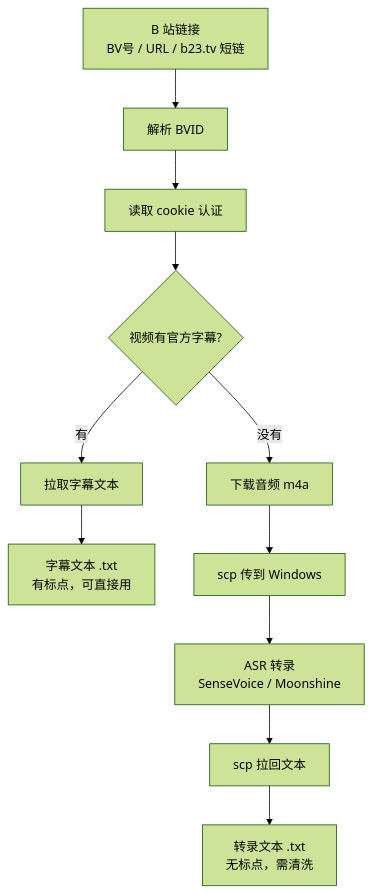
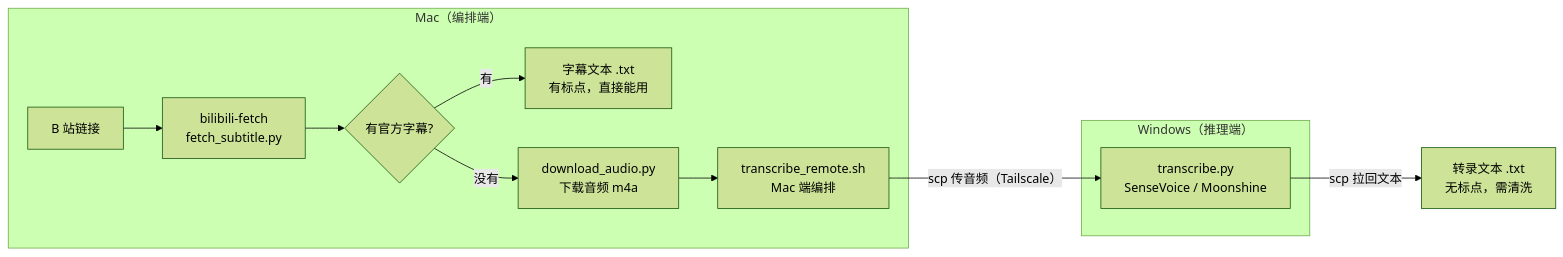
Before and after one commit to trtyr/Mizuki: the diagram in src/content/posts/bilibili-subtitle-workflow.md, drawn with Mermaid (forest theme). The commit also changed other lines of this file, not shown here.

````diff
--- a/src/content/posts/bilibili-subtitle-workflow.md
+++ b/src/content/posts/bilibili-subtitle-workflow.md
@@ -28,13 +32,15 @@
 ```mermaid
-flowchart TD
-    A["B 站链接<br/>BV号 / URL / b23.tv 短链"] --> B[解析 BVID]
-    B --> C[读取 cookie 认证]
-    C --> D{"视频有官方字幕?"}
-    D -->|有| E[拉取字幕文本]
-    E --> F["字幕文本 .txt<br/>有标点，可直接用"]
-    D -->|没有| G[下载音频 m4a]
-    G --> H[scp 传到 Windows]
-    H --> I["ASR 转录<br/>SenseVoice / Moonshine"]
-    I --> J[scp 拉回文本]
-    J --> K["转录文本 .txt<br/>无标点，需清洗"]
+flowchart LR
+    subgraph Mac["Mac（编排端）"]
+        A["B 站链接"] --> B["bilibili-fetch<br/>fetch_subtitle.py"]
+        B --> C{"有官方字幕?"}
+        C -->|有| D["字幕文本 .txt<br/>有标点，直接能用"]
+        C -->|没有| E["download_audio.py<br/>下载音频 m4a"]
+        E --> F["transcribe_remote.sh<br/>Mac 端编排"]
+    end
+    subgraph Win["Windows（推理端）"]
+        G["transcribe.py<br/>SenseVoice / Moonshine"]
+    end
+    F -->|"scp 传音频（Tailscale）"| G
+    G -->|"scp 拉回文本"| H["转录文本 .txt<br/>无标点，需清洗"]
 ```
````
